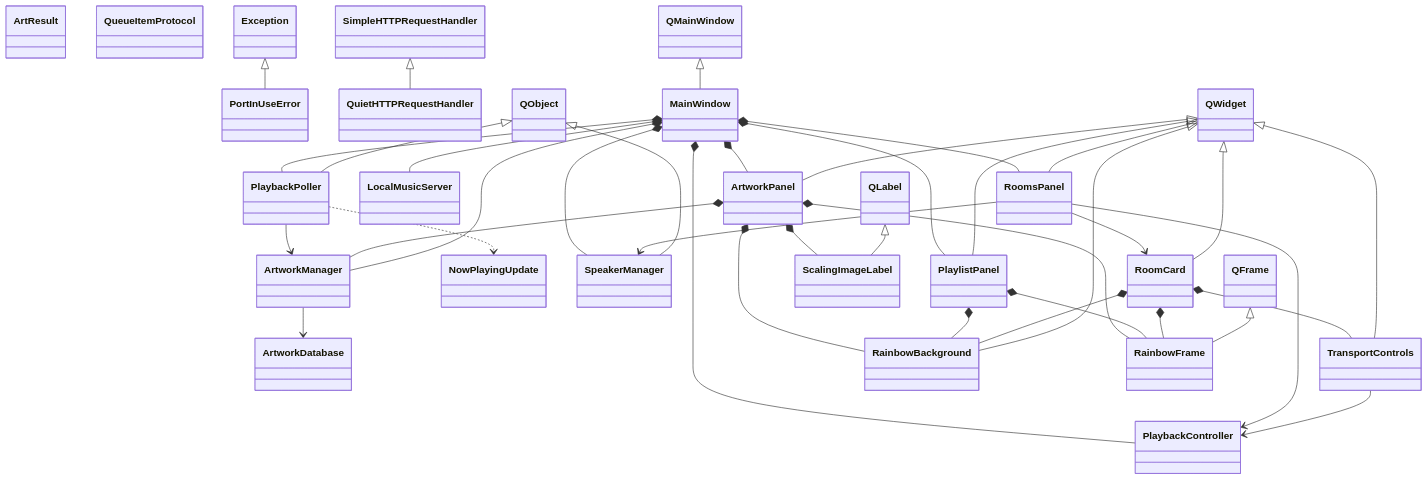
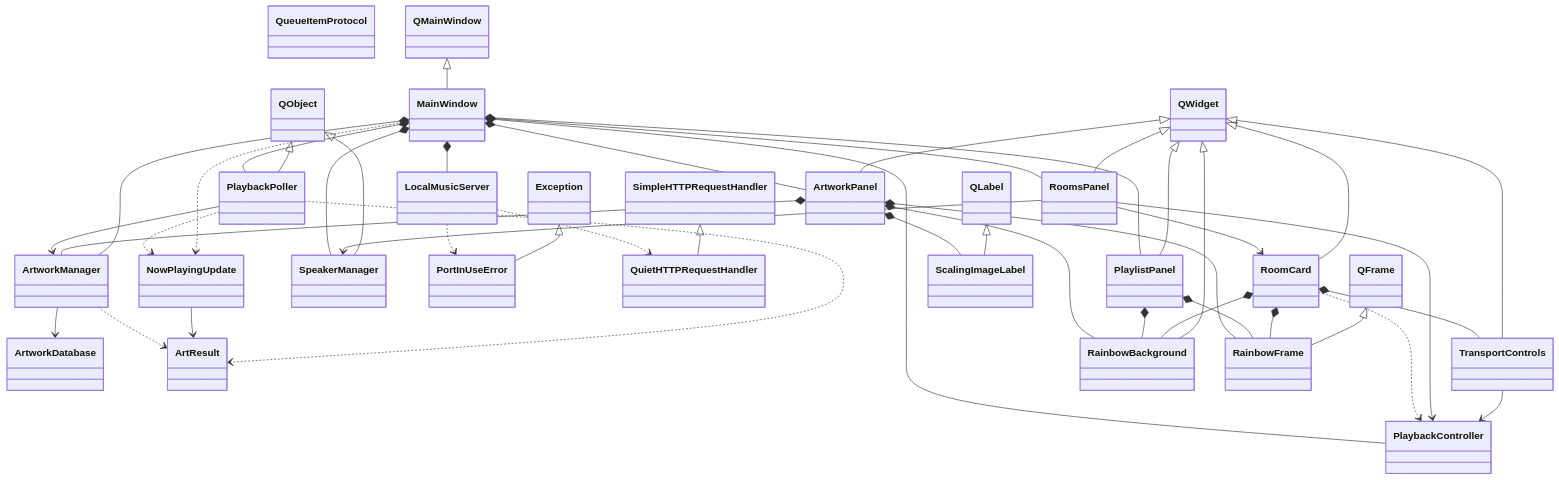
The fourth of 5 diagrams in docs/architecture.md (SpikeyMikie/Sonos_Rescue), drawn with Mermaid before and after one commit. The commit also changed 3 other files, not shown here.

````diff
--- a/docs/architecture.md
+++ b/docs/architecture.md
@@ -251,67 +251,74 @@
 ```mermaid
 classDiagram
     class class_module_sonos__rescue_database_database_ArtworkDatabase["ArtworkDatabase"]
     class class_module_sonos__rescue_managers_artwork__manager_ArtResult["ArtResult"]
     class class_module_sonos__rescue_managers_artwork__manager_ArtworkManager["ArtworkManager"]
     class class_module_sonos__rescue_managers_playback__controller_PlaybackController["PlaybackController"]
     class class_module_sonos__rescue_managers_playback__poller_NowPlayingUpdate["NowPlayingUpdate"]
     class class_module_sonos__rescue_managers_playback__poller_PlaybackPoller["PlaybackPoller"]
     class class_module_sonos__rescue_managers_speaker__manager_SpeakerManager["SpeakerManager"]
     class class_module_sonos__rescue_services_local__music__server_LocalMusicServer["LocalMusicServer"]
     class class_module_sonos__rescue_services_local__music__server_PortInUseError["PortInUseError"]
     class class_module_sonos__rescue_services_local__music__server_QuietHTTPRequestHandler["QuietHTTPRequestHandler"]
     class class_module_sonos__rescue_ui_artwork__panel_ArtworkPanel["ArtworkPanel"]
     class class_module_sonos__rescue_ui_main__window_MainWindow["MainWindow"]
     class class_module_sonos__rescue_ui_main__window_QueueItemProtocol["QueueItemProtocol"]
     class class_module_sonos__rescue_ui_playlist__panel_PlaylistPanel["PlaylistPanel"]
     class class_module_sonos__rescue_ui_room__card_RoomCard["RoomCard"]
     class class_module_sonos__rescue_ui_rooms__panel_RoomsPanel["RoomsPanel"]
     class class_module_sonos__rescue_ui_transport__controls_TransportControls["TransportControls"]
     class class_module_sonos__rescue_ui_widgets_rainbow__background_RainbowBackground["RainbowBackground"]
     class class_module_sonos__rescue_ui_widgets_rainbow__frame_RainbowFrame["RainbowFrame"]
     class class_module_sonos__rescue_ui_widgets_scaling__image__label_ScalingImageLabel["ScalingImageLabel"]
     class external_module_Exception["Exception"]
     class external_module_QFrame["QFrame"]
     class external_module_QLabel["QLabel"]
     class external_module_QMainWindow["QMainWindow"]
     class external_module_QObject["QObject"]
     class external_module_QWidget["QWidget"]
     class external_module_SimpleHTTPRequestHandler["SimpleHTTPRequestHandler"]
     class_module_sonos__rescue_managers_artwork__manager_ArtworkManager --> class_module_sonos__rescue_database_database_ArtworkDatabase
+    class_module_sonos__rescue_managers_artwork__manager_ArtworkManager ..> class_module_sonos__rescue_managers_artwork__manager_ArtResult
+    class_module_sonos__rescue_managers_playback__poller_NowPlayingUpdate --> class_module_sonos__rescue_managers_artwork__manager_ArtResult
+    class_module_sonos__rescue_managers_playback__poller_PlaybackPoller ..> class_module_sonos__rescue_managers_artwork__manager_ArtResult
     class_module_sonos__rescue_managers_playback__poller_PlaybackPoller --> class_module_sonos__rescue_managers_artwork__manager_ArtworkManager
     class_module_sonos__rescue_managers_playback__poller_PlaybackPoller ..> class_module_sonos__rescue_managers_playback__poller_NowPlayingUpdate
+    class_module_sonos__rescue_services_local__music__server_LocalMusicServer ..> class_module_sonos__rescue_services_local__music__server_PortInUseError
+    class_module_sonos__rescue_services_local__music__server_LocalMusicServer ..> class_module_sonos__rescue_services_local__music__server_QuietHTTPRequestHandler
     class_module_sonos__rescue_ui_artwork__panel_ArtworkPanel *-- class_module_sonos__rescue_managers_artwork__manager_ArtworkManager
     class_module_sonos__rescue_ui_artwork__panel_ArtworkPanel *-- class_module_sonos__rescue_ui_widgets_rainbow__background_RainbowBackground
     class_module_sonos__rescue_ui_artwork__panel_ArtworkPanel *-- class_module_sonos__rescue_ui_widgets_rainbow__frame_RainbowFrame
     class_module_sonos__rescue_ui_artwork__panel_ArtworkPanel *-- class_module_sonos__rescue_ui_widgets_scaling__image__label_ScalingImageLabel
     class_module_sonos__rescue_ui_main__window_MainWindow *-- class_module_sonos__rescue_managers_artwork__manager_ArtworkManager
     class_module_sonos__rescue_ui_main__window_MainWindow *-- class_module_sonos__rescue_managers_playback__controller_PlaybackController
+    class_module_sonos__rescue_ui_main__window_MainWindow ..> class_module_sonos__rescue_managers_playback__poller_NowPlayingUpdate
     class_module_sonos__rescue_ui_main__window_MainWindow *-- class_module_sonos__rescue_managers_playback__poller_PlaybackPoller
     class_module_sonos__rescue_ui_main__window_MainWindow *-- class_module_sonos__rescue_managers_speaker__manager_SpeakerManager
     class_module_sonos__rescue_ui_main__window_MainWindow *-- class_module_sonos__rescue_services_local__music__server_LocalMusicServer
     class_module_sonos__rescue_ui_main__window_MainWindow *-- class_module_sonos__rescue_ui_artwork__panel_ArtworkPanel
     class_module_sonos__rescue_ui_main__window_MainWindow *-- class_module_sonos__rescue_ui_playlist__panel_PlaylistPanel
     class_module_sonos__rescue_ui_main__window_MainWindow *-- class_module_sonos__rescue_ui_rooms__panel_RoomsPanel
     class_module_sonos__rescue_ui_playlist__panel_PlaylistPanel *-- class_module_sonos__rescue_ui_widgets_rainbow__background_RainbowBackground
     class_module_sonos__rescue_ui_playlist__panel_PlaylistPanel *-- class_module_sonos__rescue_ui_widgets_rainbow__frame_RainbowFrame
+    class_module_sonos__rescue_ui_room__card_RoomCard ..> class_module_sonos__rescue_managers_playback__controller_PlaybackController
     class_module_sonos__rescue_ui_room__card_RoomCard *-- class_module_sonos__rescue_ui_transport__controls_TransportControls
     class_module_sonos__rescue_ui_room__card_RoomCard *-- class_module_sonos__rescue_ui_widgets_rainbow__background_RainbowBackground
     class_module_sonos__rescue_ui_room__card_RoomCard *-- class_module_sonos__rescue_ui_widgets_rainbow__frame_RainbowFrame
     class_module_sonos__rescue_ui_rooms__panel_RoomsPanel --> class_module_sonos__rescue_managers_playback__controller_PlaybackController
     class_module_sonos__rescue_ui_rooms__panel_RoomsPanel --> class_module_sonos__rescue_managers_speaker__manager_SpeakerManager
     class_module_sonos__rescue_ui_rooms__panel_RoomsPanel --> class_module_sonos__rescue_ui_room__card_RoomCard
     class_module_sonos__rescue_ui_transport__controls_TransportControls --> class_module_sonos__rescue_managers_playback__controller_PlaybackController
     external_module_QObject <|-- class_module_sonos__rescue_managers_playback__poller_PlaybackPoller
     external_module_QObject <|-- class_module_sonos__rescue_managers_speaker__manager_SpeakerManager
     external_module_Exception <|-- class_module_sonos__rescue_services_local__music__server_PortInUseError
     external_module_SimpleHTTPRequestHandler <|-- class_module_sonos__rescue_services_local__music__server_QuietHTTPRequestHandler
     external_module_QWidget <|-- class_module_sonos__rescue_ui_artwork__panel_ArtworkPanel
     external_module_QMainWindow <|-- class_module_sonos__rescue_ui_main__window_MainWindow
     external_module_QWidget <|-- class_module_sonos__rescue_ui_playlist__panel_PlaylistPanel
     external_module_QWidget <|-- class_module_sonos__rescue_ui_room__card_RoomCard
     external_module_QWidget <|-- class_module_sonos__rescue_ui_rooms__panel_RoomsPanel
     external_module_QWidget <|-- class_module_sonos__rescue_ui_transport__controls_TransportControls
     external_module_QWidget <|-- class_module_sonos__rescue_ui_widgets_rainbow__background_RainbowBackground
     external_module_QFrame <|-- class_module_sonos__rescue_ui_widgets_rainbow__frame_RainbowFrame
     external_module_QLabel <|-- class_module_sonos__rescue_ui_widgets_scaling__image__label_ScalingImageLabel
 ```
````
